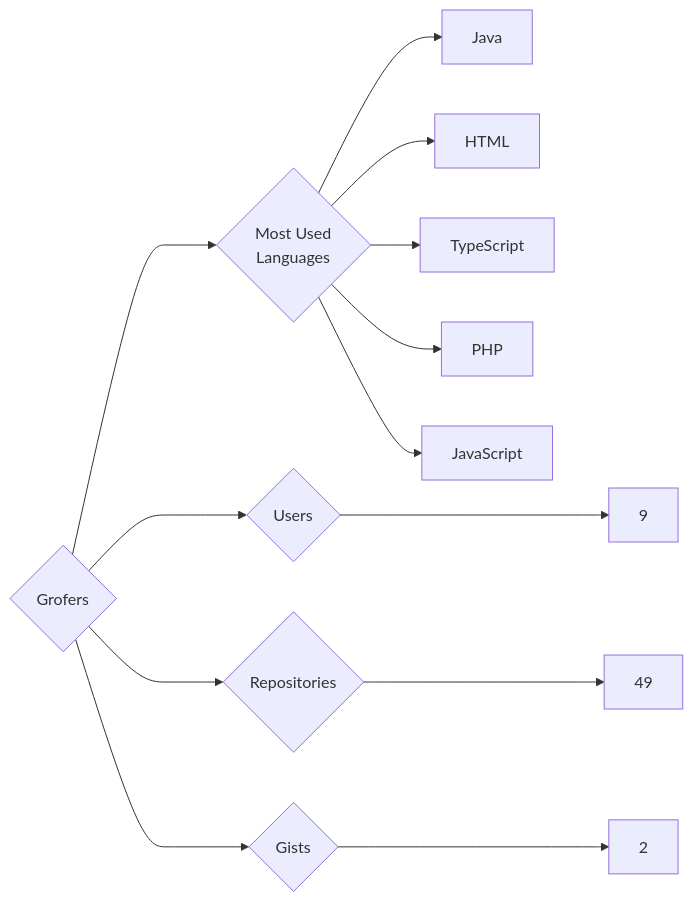
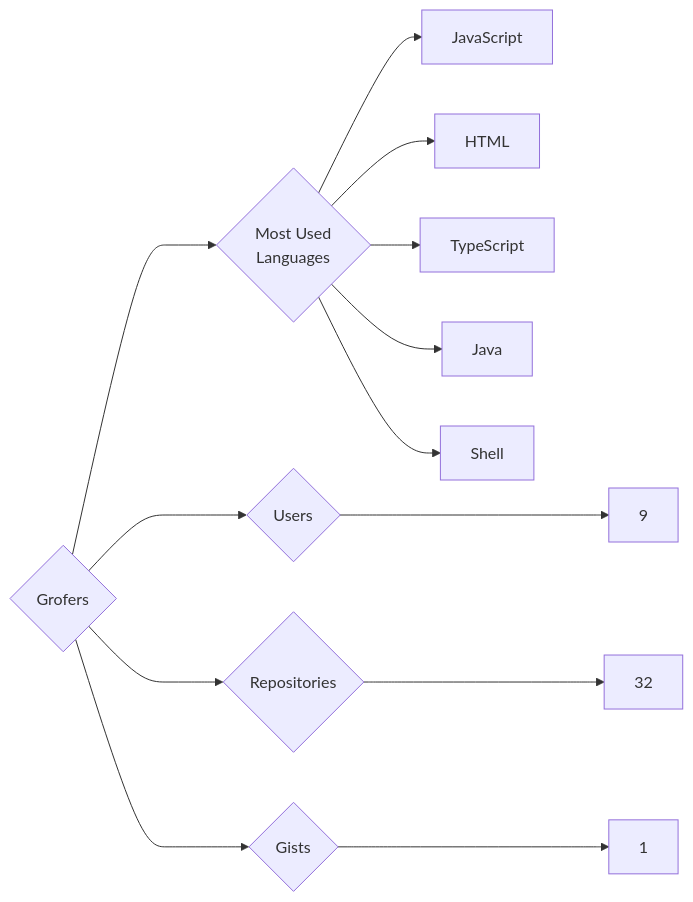
The diagram in targets/Grofers/README.md (trickest/insiders), drawn with Mermaid before and after one commit. The commit also changed 933 other files, not shown here.

````diff
--- a/targets/Grofers/README.md
+++ b/targets/Grofers/README.md
@@ -3,13 +3,13 @@
 ```mermaid
 graph LR
 COMPANY_NAME{Grofers}
 COMPANY_NAME ---> U{Users} ---> UN[9]
-COMPANY_NAME ---> R{Repositories} ---> RN[49]
-COMPANY_NAME ---> G{Gists} ---> GN[2]
+COMPANY_NAME ---> R{Repositories} ---> RN[32]
+COMPANY_NAME ---> G{Gists} ---> GN[1]
 COMPANY_NAME ---> ML{Most Used<br>Languages}
-ML --> Java[Java]
+ML --> JavaScript[JavaScript]
 ML --> HTML[HTML]
 ML --> TypeScript[TypeScript]
-ML --> PHP[PHP]
-ML --> JavaScript[JavaScript]
+ML --> Java[Java]
+ML --> Shell[Shell]
 ```
````
